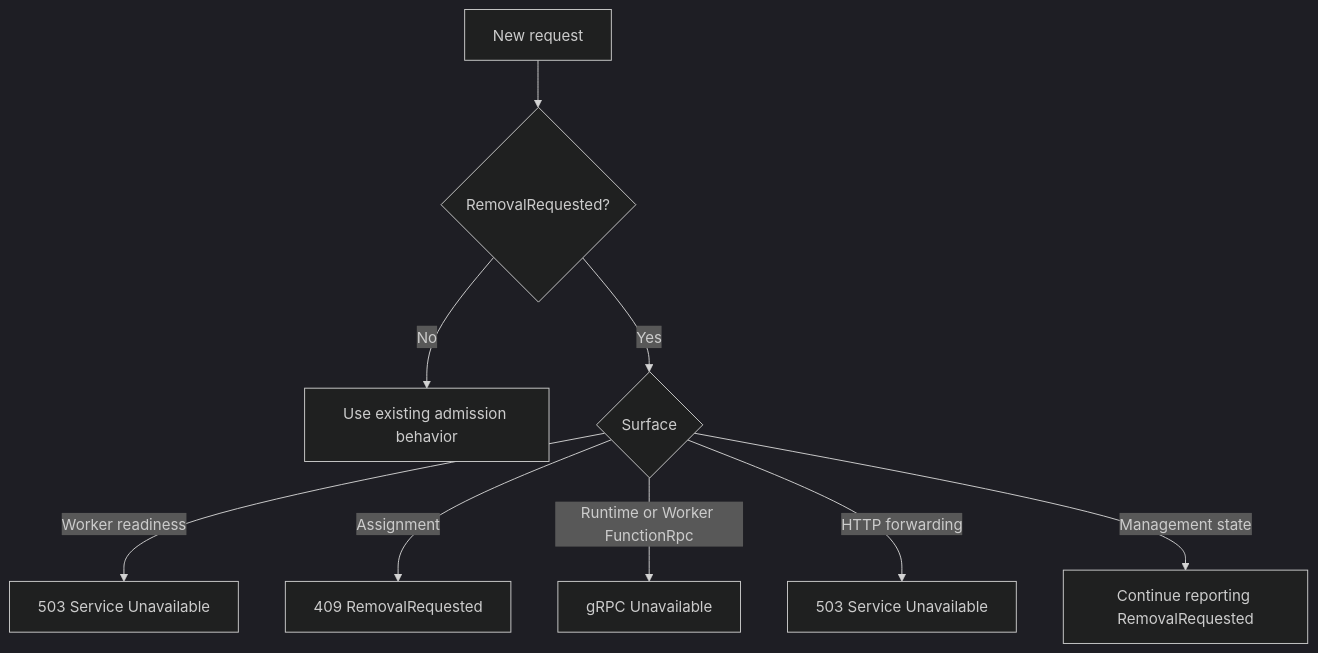
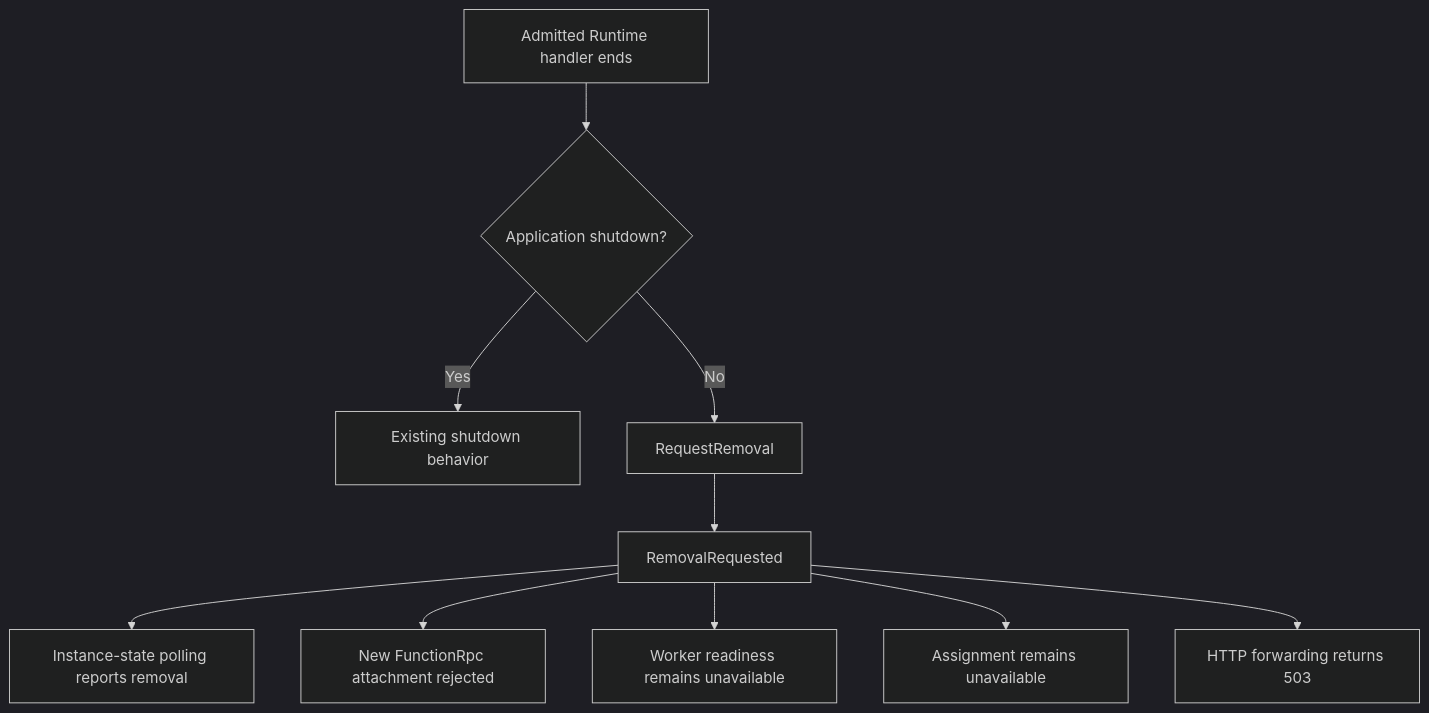
Before and after one commit to Azure/azure-functions-host: the second of 2 diagrams in tools/ComputeSeparation/byoc-worker-runtime-link-loss-cleanup.md, drawn with Mermaid (dark theme). The commit also changed other lines of this file and 14 other files, not shown here.

````diff
--- a/tools/ComputeSeparation/byoc-worker-runtime-link-loss-cleanup.md
+++ b/tools/ComputeSeparation/byoc-worker-runtime-link-loss-cleanup.md
@@ -106,11 +48,12 @@
 ```mermaid
 flowchart TD
-    Request[New request] --> Removed{RemovalRequested?}
-    Removed -->|No| Existing[Use existing admission behavior]
-    Removed -->|Yes| Surface{Surface}
-    Surface -->|Worker readiness| R503[503 Service Unavailable]
-    Surface -->|Assignment| A409[409 RemovalRequested]
-    Surface -->|Runtime or Worker FunctionRpc| G503[gRPC Unavailable]
-    Surface -->|HTTP forwarding| H503[503 Service Unavailable]
-    Surface -->|Management state| Report[Continue reporting RemovalRequested]
+    Terminal[Admitted Runtime handler ends] --> Shutdown{Application shutdown?}
+    Shutdown -->|Yes| Existing[Existing shutdown behavior]
+    Shutdown -->|No| Remove[RequestRemoval]
+    Remove --> State[RemovalRequested]
+    State --> Poll[Instance-state polling reports removal]
+    State --> Grpc[New FunctionRpc attachment rejected]
+    State --> Ready[Worker readiness remains unavailable]
+    State --> Assign[Assignment remains unavailable]
+    State --> Http[HTTP forwarding returns 503]
 ```
````
